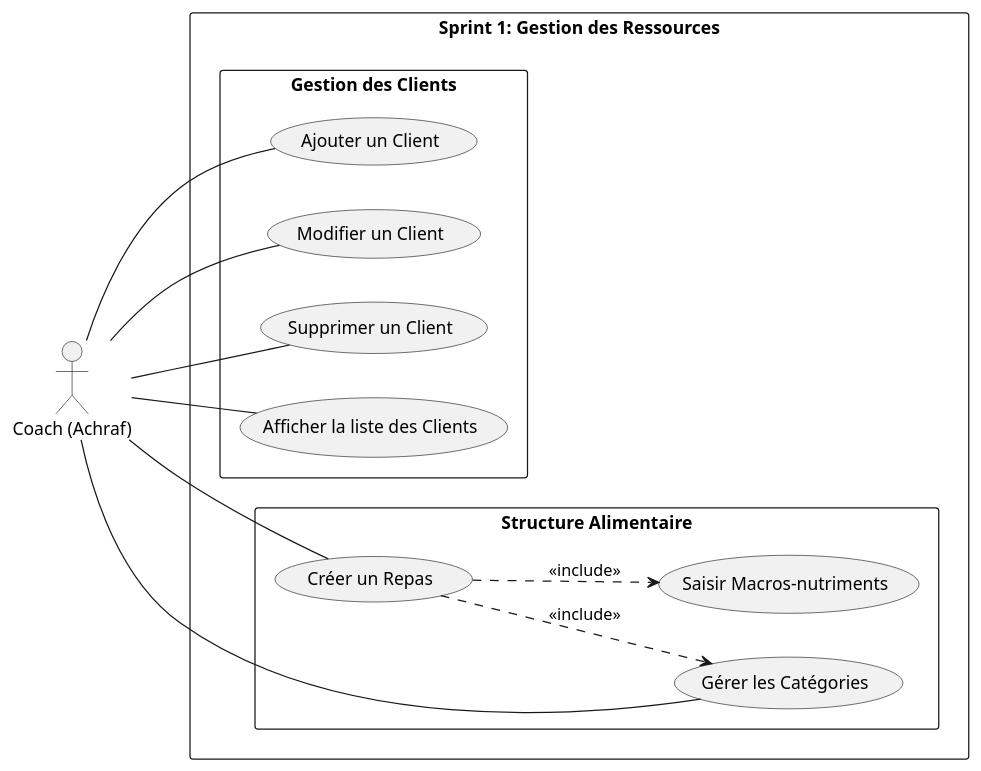
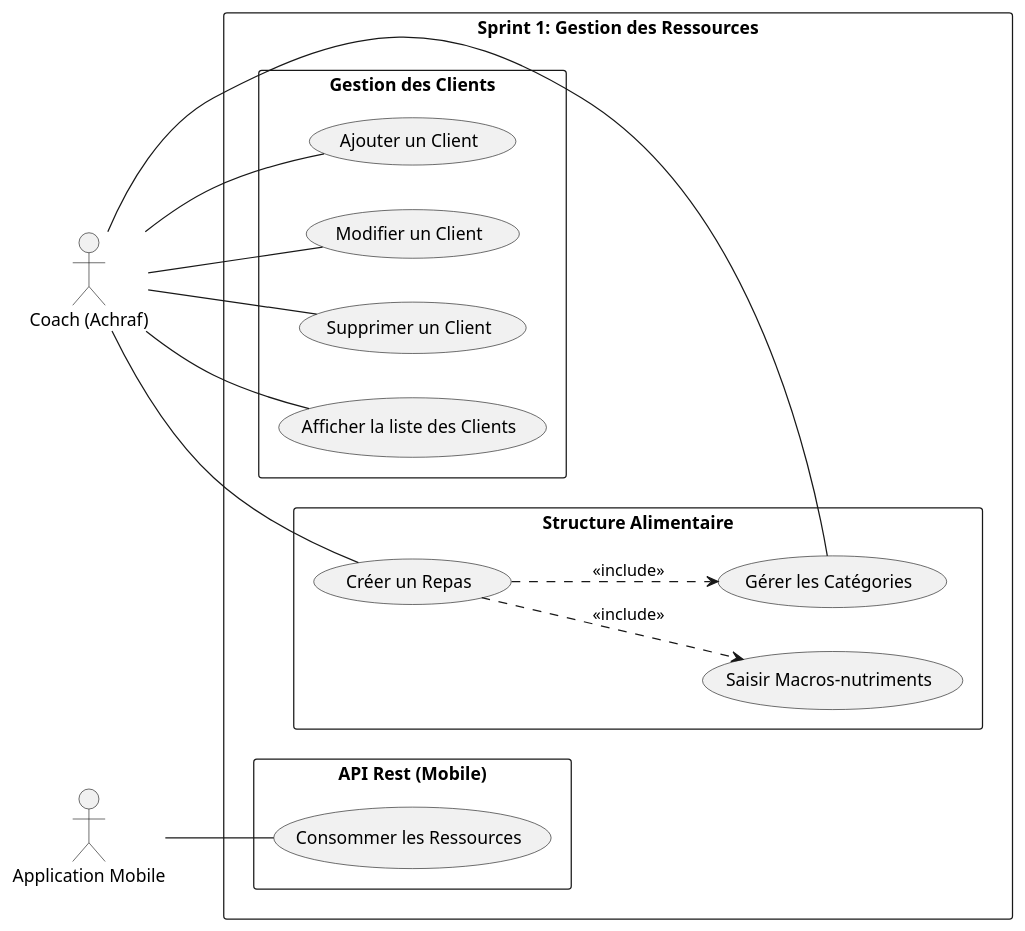
Before and after one commit to BenTaleb-Mehdi/Project-PFE: the diagram in Analyse/usecase-diagramme/use-case-sprint1.plantuml, drawn with PlantUML. The commit also changed 7 other files, not shown here.

Commit message:
docs: add presentation slides, project report, and sprint use-case diagrams

```diff
--- a/Analyse/usecase-diagramme/use-case-sprint1.plantuml
+++ b/Analyse/usecase-diagramme/use-case-sprint1.plantuml
@@ -1,33 +1,40 @@
 @startuml
 left to right direction
 skinparam packageStyle rectangle
 skinparam shadowing false
 
 actor "Coach (Achraf)" as Coach
+actor "Application Mobile" as MobileApp
 
 rectangle "Sprint 1: Gestion des Ressources" {
   
   package "Gestion des Clients" {
     (Ajouter un Client) as (AddC)
     (Modifier un Client) as (EditC)
     (Supprimer un Client) as (DelC)
     (Afficher la liste des Clients) as (ListC)
   }
   
   package "Structure Alimentaire" {
     (Gérer les Catégories) as (Cat)
     (Créer un Repas) as (AddM)
     (Saisir Macros-nutriments) as (Macro)
     
     (AddM) ..> (Macro) : <<include>>
     (AddM) ..> (Cat) : <<include>>
   }
 
+  package "API Rest (Mobile)" {
+    (Consommer les Ressources) as (ConsumeAPI)
+  }
+
   Coach -- (AddC)
   Coach -- (EditC)
   Coach -- (DelC)
   Coach -- (ListC)
   Coach -- (Cat)
   Coach -- (AddM)
+  
+  MobileApp -- (ConsumeAPI)
 }
 @enduml
```
